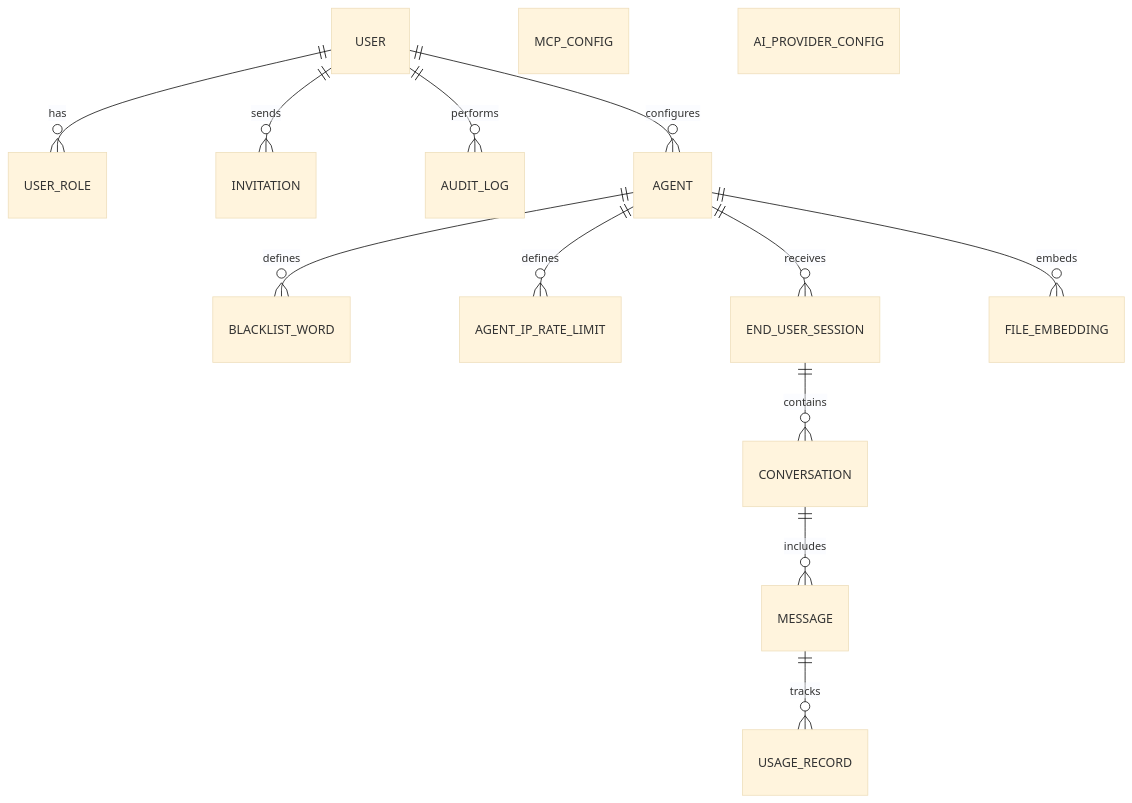
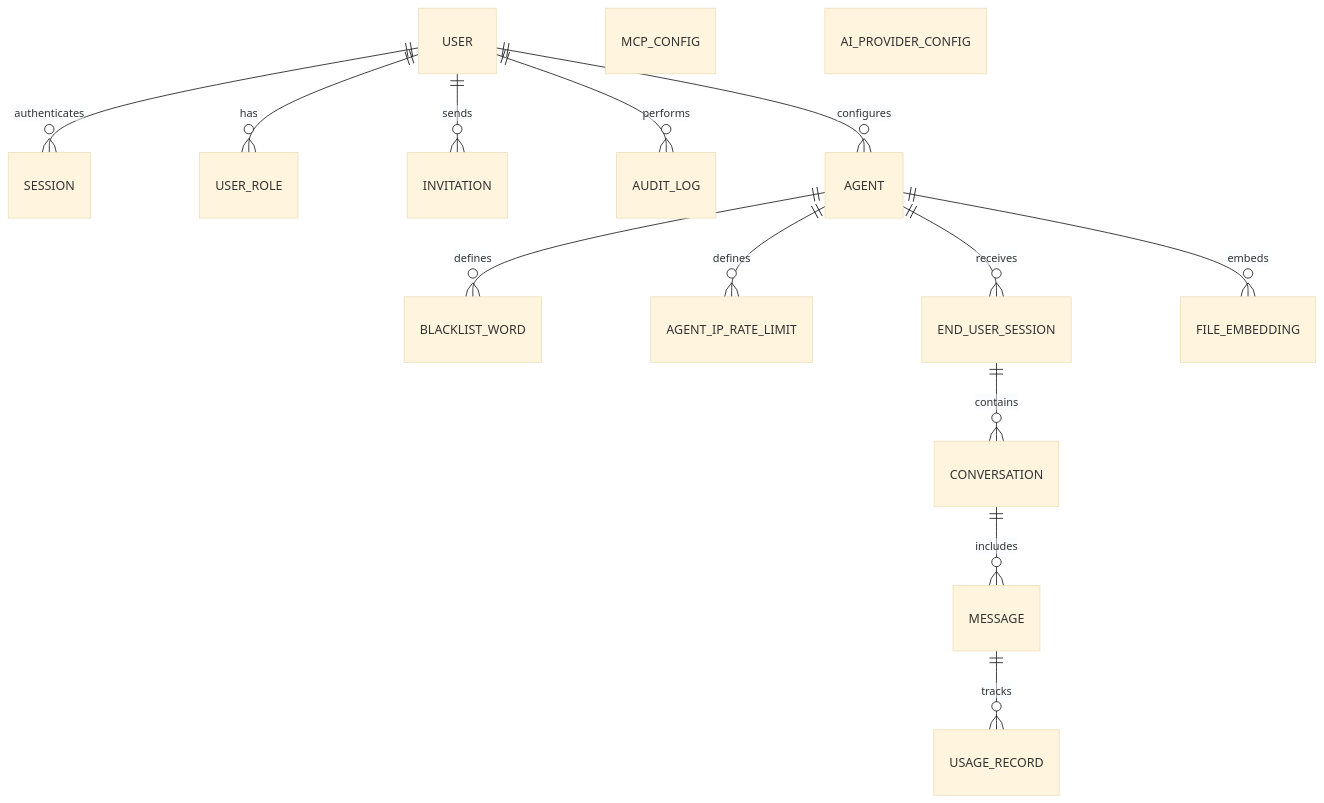
The diagram in docs/ERD.md (Talqo/talqo), drawn with Mermaid (base theme) before and after one commit. The commit also changed 6 other files, not shown here.

````diff
--- a/docs/ERD.md
+++ b/docs/ERD.md
@@ -5,35 +5,37 @@
 ```mermaid
 erDiagram
     USER
+    SESSION
     USER_ROLE
     INVITATION
     AUDIT_LOG
 
     AGENT
     BLACKLIST_WORD
     AGENT_IP_RATE_LIMIT
 
     MCP_CONFIG
     AI_PROVIDER_CONFIG
 
     END_USER_SESSION
     CONVERSATION
     MESSAGE
 
     FILE_EMBEDDING
     USAGE_RECORD
 
+    USER ||--o{ SESSION : authenticates
     USER ||--o{ USER_ROLE : has
     USER ||--o{ INVITATION : sends
     USER ||--o{ AUDIT_LOG : performs
 
     USER ||--o{ AGENT : configures
     AGENT ||--o{ BLACKLIST_WORD : defines
     AGENT ||--o{ AGENT_IP_RATE_LIMIT : defines
     AGENT ||--o{ FILE_EMBEDDING : embeds
 
     AGENT ||--o{ END_USER_SESSION : receives
     END_USER_SESSION ||--o{ CONVERSATION : contains
     CONVERSATION ||--o{ MESSAGE : includes
     MESSAGE ||--o{ USAGE_RECORD : tracks
 ```
````
